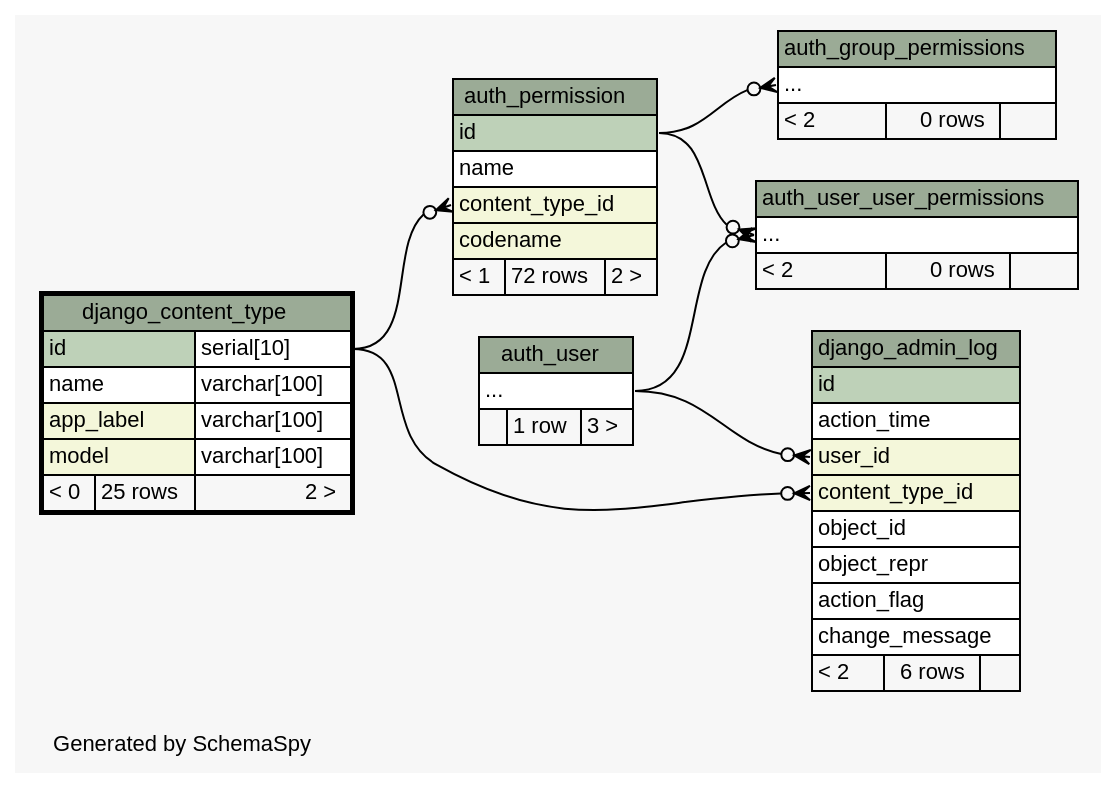
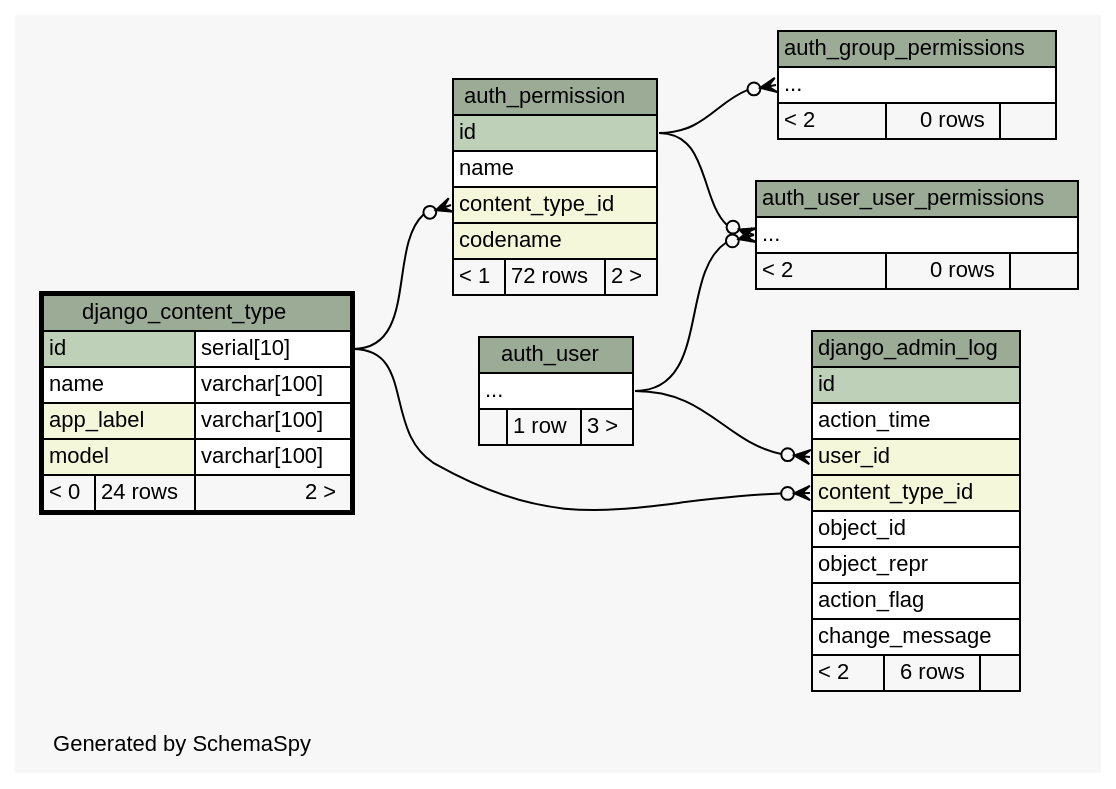
One commit to jingyayeah/multiscale-galactose changed the diagram in database/diagrams/django_content_type.2degrees.dot. Above: the diagram before and after it, drawn with Graphviz. The commit also changed 90 other files, not shown here.

```diff
--- a/database/diagrams/django_content_type.2degrees.dot
+++ b/database/diagrams/django_content_type.2degrees.dot
@@ -1,101 +1,101 @@
 // dot 2.20.2 on Linux 2.6.32-53-generic
 // SchemaSpy rev 590
 digraph "twoDegreesRelationshipsDiagram" {
   graph [
     rankdir="RL"
     bgcolor="#f7f7f7"
     label="\nGenerated by SchemaSpy"
     labeljust="l"
     nodesep="0.18"
     ranksep="0.46"
     fontname="Helvetica"
     fontsize="11"
   ];
   node [
     fontname="Helvetica"
     fontsize="11"
     shape="plaintext"
   ];
   edge [
     arrowsize="0.8"
   ];
   "auth_group_permissions":"elipses":w -> "auth_permission":"id":e [arrowhead=none dir=back arrowtail=crowodot];
   "auth_permission":"content_type_id":w -> "django_content_type":"id.type":e [arrowhead=none dir=back arrowtail=crowodot];
   "auth_user_user_permissions":"elipses":w -> "auth_permission":"id":e [arrowhead=none dir=back arrowtail=crowodot];
   "auth_user_user_permissions":"elipses":w -> "auth_user":"elipses":e [arrowhead=none dir=back arrowtail=crowodot];
   "django_admin_log":"content_type_id":w -> "django_content_type":"id.type":e [arrowhead=none dir=back arrowtail=crowodot];
   "django_admin_log":"user_id":w -> "auth_user":"elipses":e [arrowhead=none dir=back arrowtail=crowodot];
   "auth_group_permissions" [
     label=<
     <TABLE BORDER="0" CELLBORDER="1" CELLSPACING="0" BGCOLOR="#ffffff">
       <TR><TD COLSPAN="3" BGCOLOR="#9bab96" ALIGN="CENTER">auth_group_permissions</TD></TR>
       <TR><TD PORT="elipses" COLSPAN="3" ALIGN="LEFT">...</TD></TR>
       <TR><TD ALIGN="LEFT" BGCOLOR="#f7f7f7">&lt; 2</TD><TD ALIGN="RIGHT" BGCOLOR="#f7f7f7">0 rows</TD><TD ALIGN="RIGHT" BGCOLOR="#f7f7f7">  </TD></TR>
     </TABLE>>
     URL="auth_group_permissions.html"
     tooltip="auth_group_permissions"
   ];
   "auth_permission" [
     label=<
     <TABLE BORDER="0" CELLBORDER="1" CELLSPACING="0" BGCOLOR="#ffffff">
       <TR><TD COLSPAN="3" BGCOLOR="#9bab96" ALIGN="CENTER">auth_permission</TD></TR>
       <TR><TD PORT="id" COLSPAN="3" BGCOLOR="#bed1b8" ALIGN="LEFT">id</TD></TR>
       <TR><TD PORT="name" COLSPAN="3" ALIGN="LEFT">name</TD></TR>
       <TR><TD PORT="content_type_id" COLSPAN="3" BGCOLOR="#f4f7da" ALIGN="LEFT">content_type_id</TD></TR>
       <TR><TD PORT="codename" COLSPAN="3" BGCOLOR="#f4f7da" ALIGN="LEFT">codename</TD></TR>
       <TR><TD ALIGN="LEFT" BGCOLOR="#f7f7f7">&lt; 1</TD><TD ALIGN="RIGHT" BGCOLOR="#f7f7f7">72 rows</TD><TD ALIGN="RIGHT" BGCOLOR="#f7f7f7">2 &gt;</TD></TR>
     </TABLE>>
     URL="auth_permission.html"
     tooltip="auth_permission"
   ];
   "auth_user" [
     label=<
     <TABLE BORDER="0" CELLBORDER="1" CELLSPACING="0" BGCOLOR="#ffffff">
       <TR><TD COLSPAN="3" BGCOLOR="#9bab96" ALIGN="CENTER">auth_user</TD></TR>
       <TR><TD PORT="elipses" COLSPAN="3" ALIGN="LEFT">...</TD></TR>
       <TR><TD ALIGN="LEFT" BGCOLOR="#f7f7f7">  </TD><TD ALIGN="RIGHT" BGCOLOR="#f7f7f7">1 row</TD><TD ALIGN="RIGHT" BGCOLOR="#f7f7f7">3 &gt;</TD></TR>
     </TABLE>>
     URL="auth_user.html"
     tooltip="auth_user"
   ];
   "auth_user_user_permissions" [
     label=<
     <TABLE BORDER="0" CELLBORDER="1" CELLSPACING="0" BGCOLOR="#ffffff">
       <TR><TD COLSPAN="3" BGCOLOR="#9bab96" ALIGN="CENTER">auth_user_user_permissions</TD></TR>
       <TR><TD PORT="elipses" COLSPAN="3" ALIGN="LEFT">...</TD></TR>
       <TR><TD ALIGN="LEFT" BGCOLOR="#f7f7f7">&lt; 2</TD><TD ALIGN="RIGHT" BGCOLOR="#f7f7f7">0 rows</TD><TD ALIGN="RIGHT" BGCOLOR="#f7f7f7">  </TD></TR>
     </TABLE>>
     URL="auth_user_user_permissions.html"
     tooltip="auth_user_user_permissions"
   ];
   "django_admin_log" [
     label=<
     <TABLE BORDER="0" CELLBORDER="1" CELLSPACING="0" BGCOLOR="#ffffff">
       <TR><TD COLSPAN="3" BGCOLOR="#9bab96" ALIGN="CENTER">django_admin_log</TD></TR>
       <TR><TD PORT="id" COLSPAN="3" BGCOLOR="#bed1b8" ALIGN="LEFT">id</TD></TR>
       <TR><TD PORT="action_time" COLSPAN="3" ALIGN="LEFT">action_time</TD></TR>
       <TR><TD PORT="user_id" COLSPAN="3" BGCOLOR="#f4f7da" ALIGN="LEFT">user_id</TD></TR>
       <TR><TD PORT="content_type_id" COLSPAN="3" BGCOLOR="#f4f7da" ALIGN="LEFT">content_type_id</TD></TR>
       <TR><TD PORT="object_id" COLSPAN="3" ALIGN="LEFT">object_id</TD></TR>
       <TR><TD PORT="object_repr" COLSPAN="3" ALIGN="LEFT">object_repr</TD></TR>
       <TR><TD PORT="action_flag" COLSPAN="3" ALIGN="LEFT">action_flag</TD></TR>
       <TR><TD PORT="change_message" COLSPAN="3" ALIGN="LEFT">change_message</TD></TR>
       <TR><TD ALIGN="LEFT" BGCOLOR="#f7f7f7">&lt; 2</TD><TD ALIGN="RIGHT" BGCOLOR="#f7f7f7">6 rows</TD><TD ALIGN="RIGHT" BGCOLOR="#f7f7f7">  </TD></TR>
     </TABLE>>
     URL="django_admin_log.html"
     tooltip="django_admin_log"
   ];
   "django_content_type" [
     label=<
     <TABLE BORDER="2" CELLBORDER="1" CELLSPACING="0" BGCOLOR="#ffffff">
       <TR><TD COLSPAN="3" BGCOLOR="#9bab96" ALIGN="CENTER">django_content_type</TD></TR>
       <TR><TD PORT="id" COLSPAN="2" BGCOLOR="#bed1b8" ALIGN="LEFT">id</TD><TD PORT="id.type" ALIGN="LEFT">serial[10]</TD></TR>
       <TR><TD PORT="name" COLSPAN="2" ALIGN="LEFT">name</TD><TD PORT="name.type" ALIGN="LEFT">varchar[100]</TD></TR>
       <TR><TD PORT="app_label" COLSPAN="2" BGCOLOR="#f4f7da" ALIGN="LEFT">app_label</TD><TD PORT="app_label.type" ALIGN="LEFT">varchar[100]</TD></TR>
       <TR><TD PORT="model" COLSPAN="2" BGCOLOR="#f4f7da" ALIGN="LEFT">model</TD><TD PORT="model.type" ALIGN="LEFT">varchar[100]</TD></TR>
-      <TR><TD ALIGN="LEFT" BGCOLOR="#f7f7f7">&lt; 0</TD><TD ALIGN="RIGHT" BGCOLOR="#f7f7f7">25 rows</TD><TD ALIGN="RIGHT" BGCOLOR="#f7f7f7">2 &gt;</TD></TR>
+      <TR><TD ALIGN="LEFT" BGCOLOR="#f7f7f7">&lt; 0</TD><TD ALIGN="RIGHT" BGCOLOR="#f7f7f7">24 rows</TD><TD ALIGN="RIGHT" BGCOLOR="#f7f7f7">2 &gt;</TD></TR>
     </TABLE>>
     URL="django_content_type.html"
     tooltip="django_content_type"
   ];
 }
```
